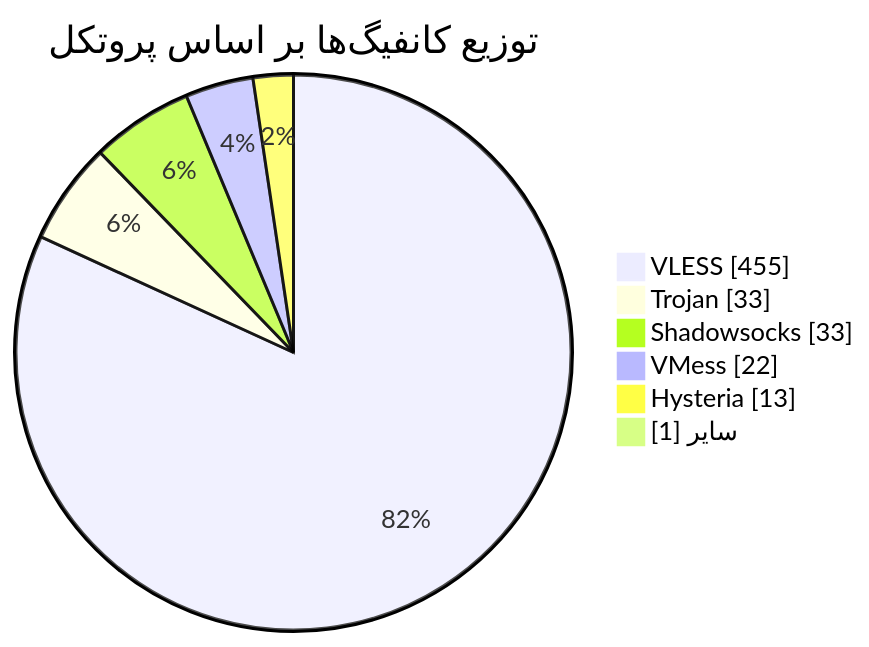
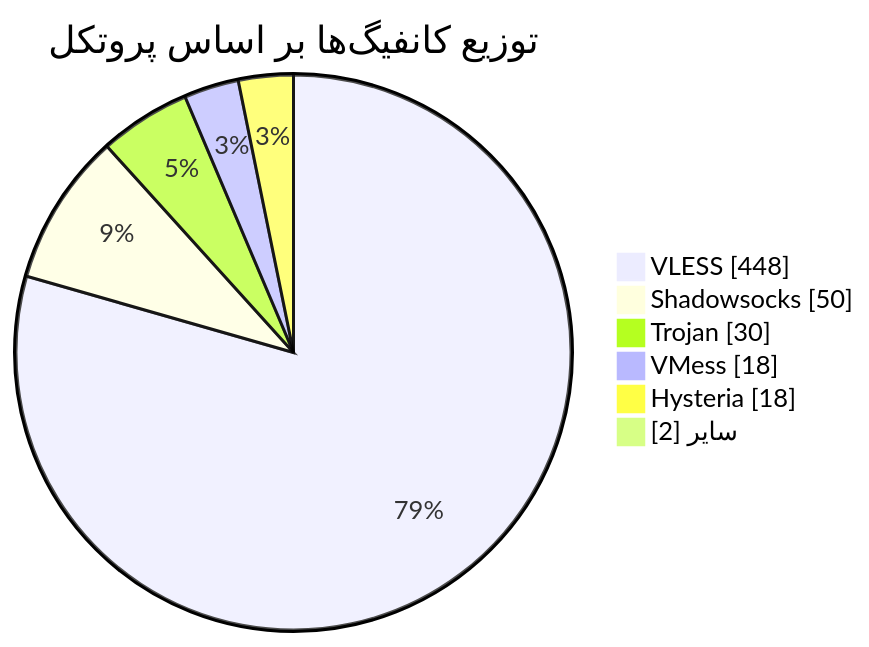
One commit to Arian-Alijani/Somthing changed the diagram in README.md. Above: the diagram before and after it, drawn with Mermaid. The commit also changed other lines of this file and 87 other files, not shown here.

````diff
--- a/README.md
+++ b/README.md
@@ -48,10 +48,10 @@
 ```mermaid
 pie showData
     title توزیع کانفیگ‌ها بر اساس پروتکل
-    "VLESS" : 455
-    "Trojan" : 33
-    "Shadowsocks" : 33
-    "VMess" : 22
-    "Hysteria" : 13
-    "سایر" : 1
+    "VLESS" : 448
+    "Shadowsocks" : 50
+    "Trojan" : 30
+    "VMess" : 18
+    "Hysteria" : 18
+    "سایر" : 2
 ```
````
